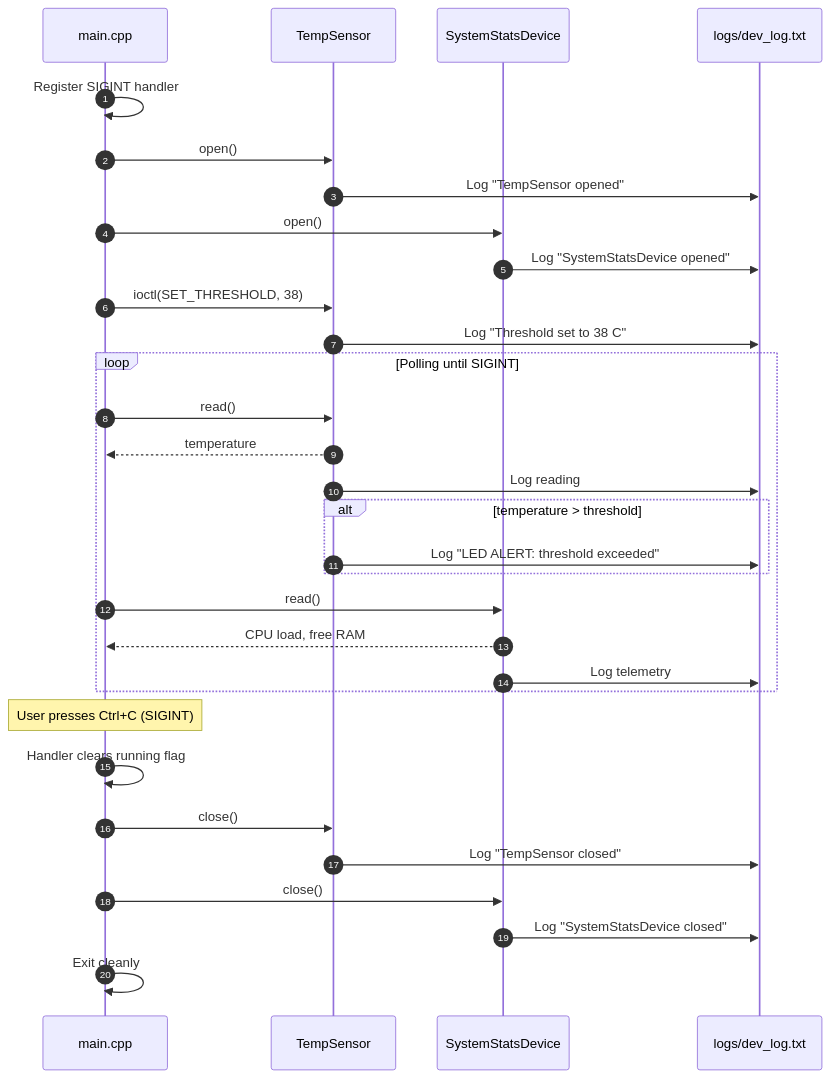
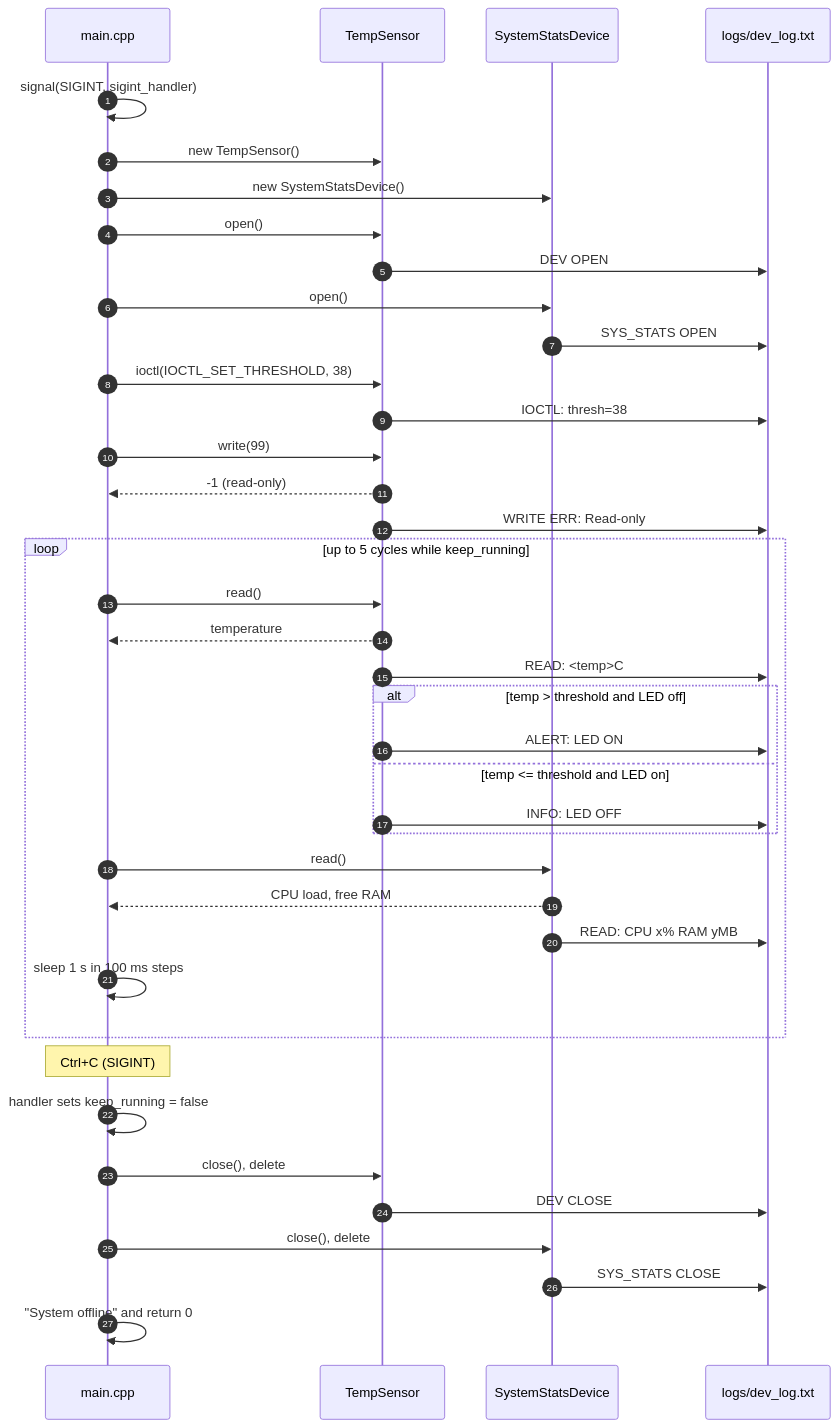
One commit to Rachit-Patnaik/Device-Simulator changed the second of 2 diagrams in README.md. Above: the diagram before and after it, drawn with Mermaid. The commit also changed other lines of this file, not shown here.

````diff
--- a/README.md
+++ b/README.md
@@ -165,36 +178,44 @@
 ```mermaid
 sequenceDiagram
     autonumber
     participant M as main.cpp
     participant T as TempSensor
     participant S as SystemStatsDevice
     participant L as logs/dev_log.txt
 
-    M->>M: Register SIGINT handler
+    M->>M: signal(SIGINT, sigint_handler)
+    M->>T: new TempSensor()
+    M->>S: new SystemStatsDevice()
     M->>T: open()
-    T->>L: Log "TempSensor opened"
+    T->>L: DEV OPEN
     M->>S: open()
-    S->>L: Log "SystemStatsDevice opened"
-    M->>T: ioctl(SET_THRESHOLD, 38)
-    T->>L: Log "Threshold set to 38 C"
+    S->>L: SYS_STATS OPEN
+    M->>T: ioctl(IOCTL_SET_THRESHOLD, 38)
+    T->>L: IOCTL: thresh=38
+    M->>T: write(99)
+    T-->>M: -1 (read-only)
+    T->>L: WRITE ERR: Read-only
 
-    loop Polling until SIGINT
+    loop up to 5 cycles while keep_running
         M->>T: read()
         T-->>M: temperature
-        T->>L: Log reading
-        alt temperature > threshold
-            T->>L: Log "LED ALERT: threshold exceeded"
+        T->>L: READ: <temp>C
+        alt temp > threshold and LED off
+            T->>L: ALERT: LED ON
+        else temp <= threshold and LED on
+            T->>L: INFO: LED OFF
         end
         M->>S: read()
         S-->>M: CPU load, free RAM
-        S->>L: Log telemetry
+        S->>L: READ: CPU x% RAM yMB
+        M->>M: sleep 1 s in 100 ms steps
     end
 
-    Note over M: User presses Ctrl+C (SIGINT)
-    M->>M: Handler clears running flag
-    M->>T: close()
-    T->>L: Log "TempSensor closed"
-    M->>S: close()
-    S->>L: Log "SystemStatsDevice closed"
-    M->>M: Exit cleanly
+    Note over M: Ctrl+C (SIGINT)
+    M->>M: handler sets keep_running = false
+    M->>T: close(), delete
+    T->>L: DEV CLOSE
+    M->>S: close(), delete
+    S->>L: SYS_STATS CLOSE
+    M->>M: "System offline" and return 0
 ```
````
